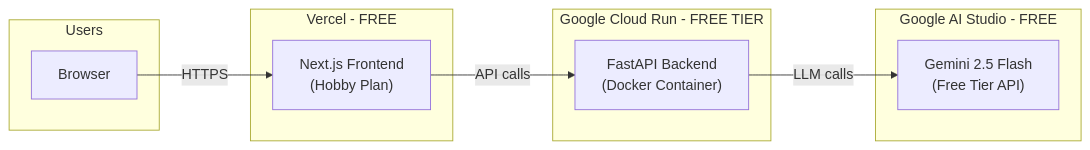
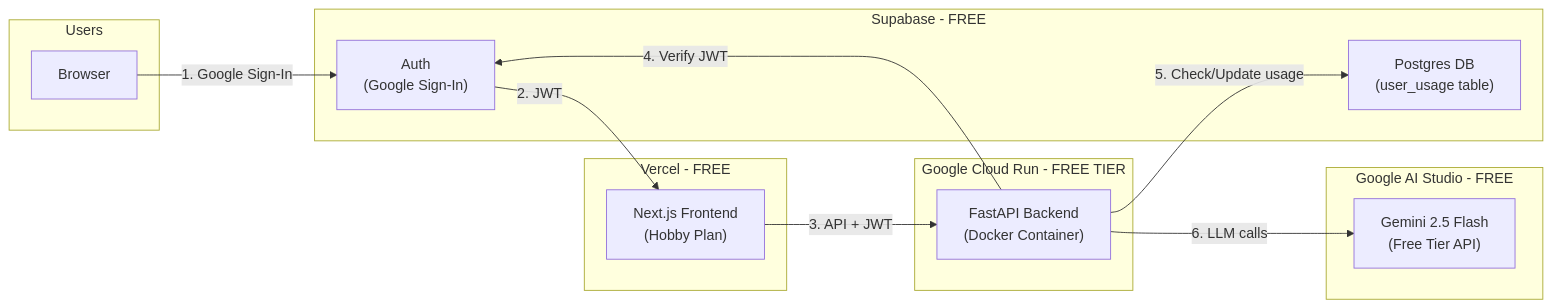
The first of 3 diagrams in .cursor/plans/launch_deployment_plan_47d849ba.plan.md (meetxgroq/OfferComparision), drawn with Mermaid before and after one commit. The commit also changed other lines of this file and 2 other files, not shown here.

````diff
--- a/.cursor/plans/launch_deployment_plan_47d849ba.plan.md
+++ b/.cursor/plans/launch_deployment_plan_47d849ba.plan.md
@@ -36,22 +45,30 @@
 ```mermaid
 flowchart LR
   subgraph users [Users]
     Browser[Browser]
   end
 
   subgraph frontend_host [Vercel - FREE]
     NextJS["Next.js Frontend\n(Hobby Plan)"]
   end
 
+  subgraph auth_layer [Supabase - FREE]
+    SupaAuth["Auth\n(Google Sign-In)"]
+    SupaDB["Postgres DB\n(user_usage table)"]
+  end
+
   subgraph backend_host [Google Cloud Run - FREE TIER]
     FastAPI["FastAPI Backend\n(Docker Container)"]
   end
 
   subgraph ai [Google AI Studio - FREE]
     Gemini["Gemini 2.5 Flash\n(Free Tier API)"]
   end
 
-  Browser -->|"HTTPS"| NextJS
-  NextJS -->|"API calls"| FastAPI
-  FastAPI -->|"LLM calls"| Gemini
+  Browser -->|"1. Google Sign-In"| SupaAuth
+  SupaAuth -->|"2. JWT"| NextJS
+  NextJS -->|"3. API + JWT"| FastAPI
+  FastAPI -->|"4. Verify JWT"| SupaAuth
+  FastAPI -->|"5. Check/Update usage"| SupaDB
+  FastAPI -->|"6. LLM calls"| Gemini
 ```
````
